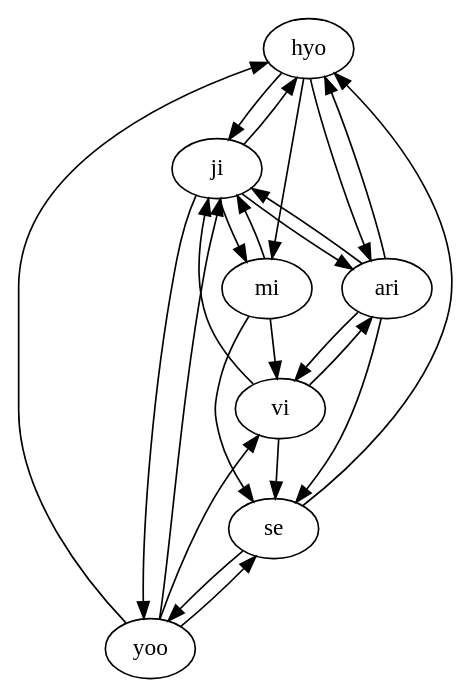
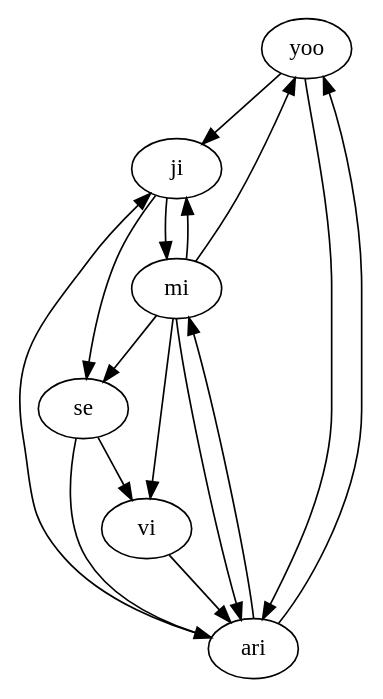
The diagram in src/main/java/resource/awesome.dot (hannimpeha/WS), drawn with Graphviz before and after one commit. The commit also changed 12 other files, not shown here.

```diff
--- a/src/main/java/resource/awesome.dot
+++ b/src/main/java/resource/awesome.dot
@@ -1,25 +1,17 @@
 digraph {
-hyo->ji;
-ji->hyo;
-yoo->hyo;
-hyo->mi;
-se->hyo;
-hyo->ari;
-ari->hyo;
-ji->yoo;
 yoo->ji;
 ji->mi;
 mi->ji;
-vi->ji;
-ji->ari;
+ji->se;
 ari->ji;
-yoo->vi;
-yoo->se;
-se->yoo;
+mi->yoo;
+yoo->ari;
+ari->yoo;
 mi->vi;
 mi->se;
-vi->se;
+mi->ari;
+ari->mi;
+se->vi;
 vi->ari;
-ari->vi;
-ari->se;
+se->ari;
 }
```
